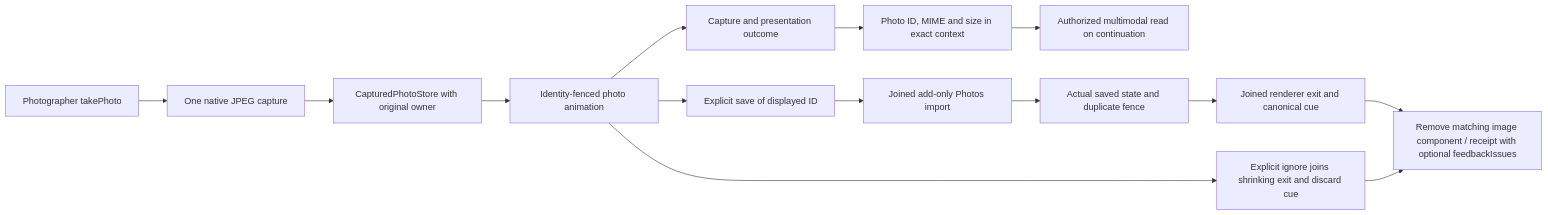
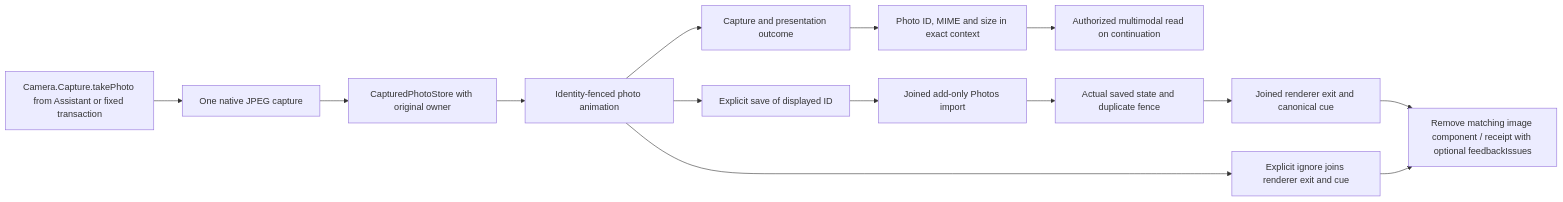
One commit to devilyouwei/MobileHarness changed diagram 20 of 32 in MobileHarness/README.md. Above: the diagram before and after it, drawn with Mermaid. The commit also changed other lines of this file and 160 other files, not shown here.

````diff
--- a/MobileHarness/README.md
+++ b/MobileHarness/README.md
@@ -1272,16 +928,16 @@
 ```mermaid
 flowchart LR
- Call[Photographer takePhoto] --> Native[One native JPEG capture]
+ Call[Camera.Capture.takePhoto from Assistant or fixed transaction] --> Native[One native JPEG capture]
  Native --> Store[CapturedPhotoStore with original owner]
  Store --> Render[Identity-fenced photo animation]
  Render --> Receipt[Capture and presentation outcome]
  Receipt --> Context[Photo ID, MIME and size in exact context]
  Context --> Read[Authorized multimodal read on continuation]
  Render --> Save[Explicit save of displayed ID]
  Save --> Photos[Joined add-only Photos import]
  Photos --> Saved[Actual saved state and duplicate fence]
  Saved --> Departure[Joined renderer exit and canonical cue]
  Departure --> Removed[Remove matching image component / receipt with optional feedbackIssues]
- Render --> Ignore[Explicit ignore joins shrinking exit and discard cue]
+ Render --> Ignore[Explicit ignore joins renderer exit and cue]
  Ignore --> Removed
 ```
````
